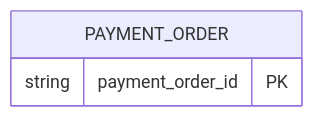
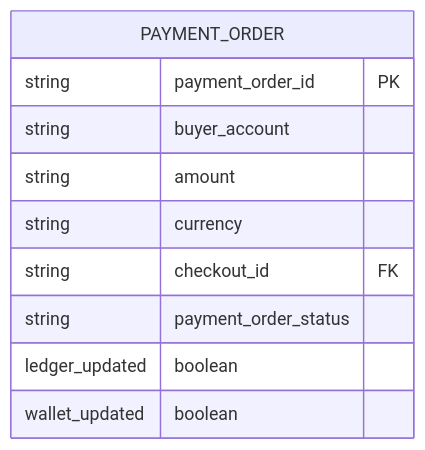
Before and after one commit to giwankim/til: the second of 2 diagrams in system-design/interview2/11-payment-system.md, drawn with Mermaid. The commit also changed other lines of this file, not shown here.

Commit message:
payment service - double-entry ledger system

````diff
--- a/system-design/interview2/11-payment-system.md
+++ b/system-design/interview2/11-payment-system.md
@@ -139,7 +139,13 @@
 ```mermaid
 erDiagram
   PAYMENT_ORDER {
     string payment_order_id PK
-
+    string buyer_account
+    string amount
+    string currency
+    string checkout_id FK
+    string payment_order_status
+    ledger_updated boolean
+    wallet_updated boolean
   }
 ```
````
